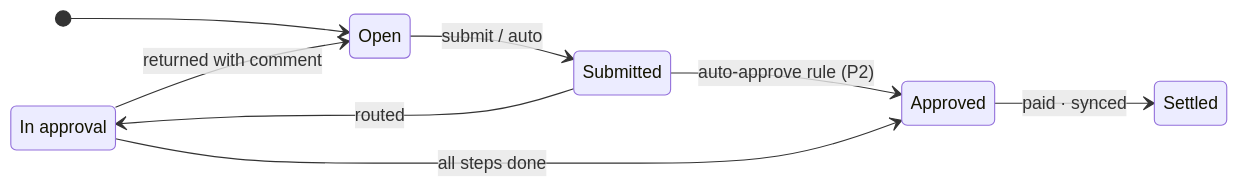
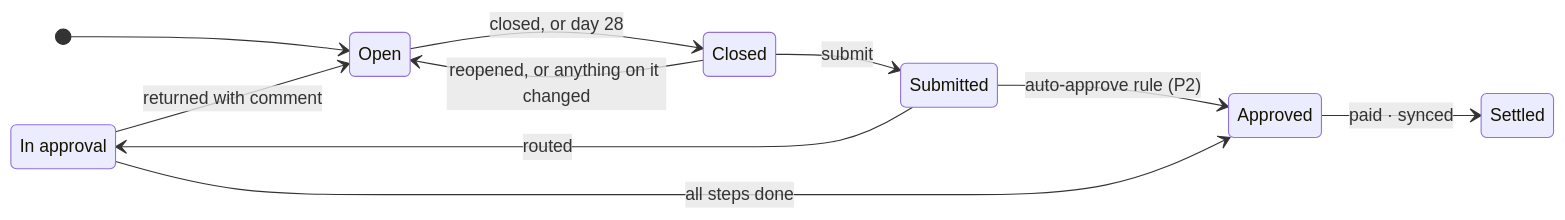
The third of 3 diagrams in docs/03-journeys-and-workflows.md (mronan83/ExpenseWise), drawn with Mermaid before and after one commit. The commit also changed other lines of this file and 72 other files, not shown here.

````diff
--- a/docs/03-journeys-and-workflows.md
+++ b/docs/03-journeys-and-workflows.md
@@ -104,12 +104,14 @@
 ```mermaid
 stateDiagram-v2
     direction LR
     state "In approval" as InApproval
     [*] --> Open
-    Open --> Submitted: submit / auto
+    Open --> Closed: closed, or day 28
+    Closed --> Open: reopened, or anything on it changed
+    Closed --> Submitted: submit
     Submitted --> InApproval: routed
     Submitted --> Approved: auto-approve rule (P2)
     InApproval --> Approved: all steps done
     InApproval --> Open: returned with comment
     Approved --> Settled: paid · synced
 ```
````
